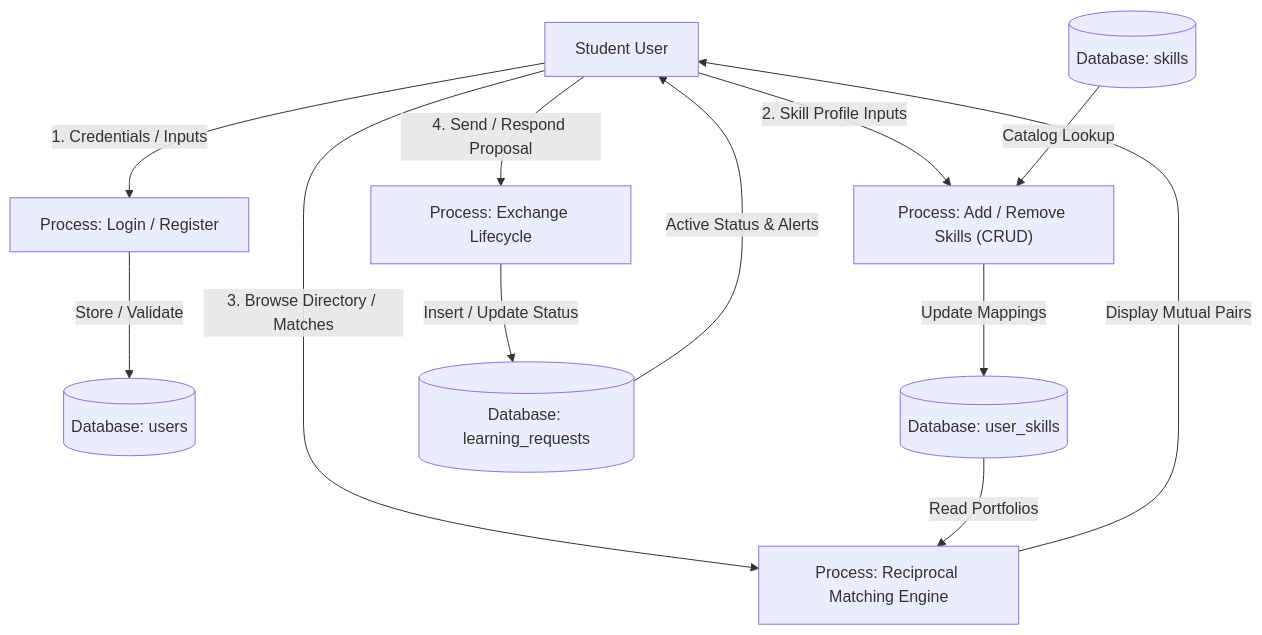
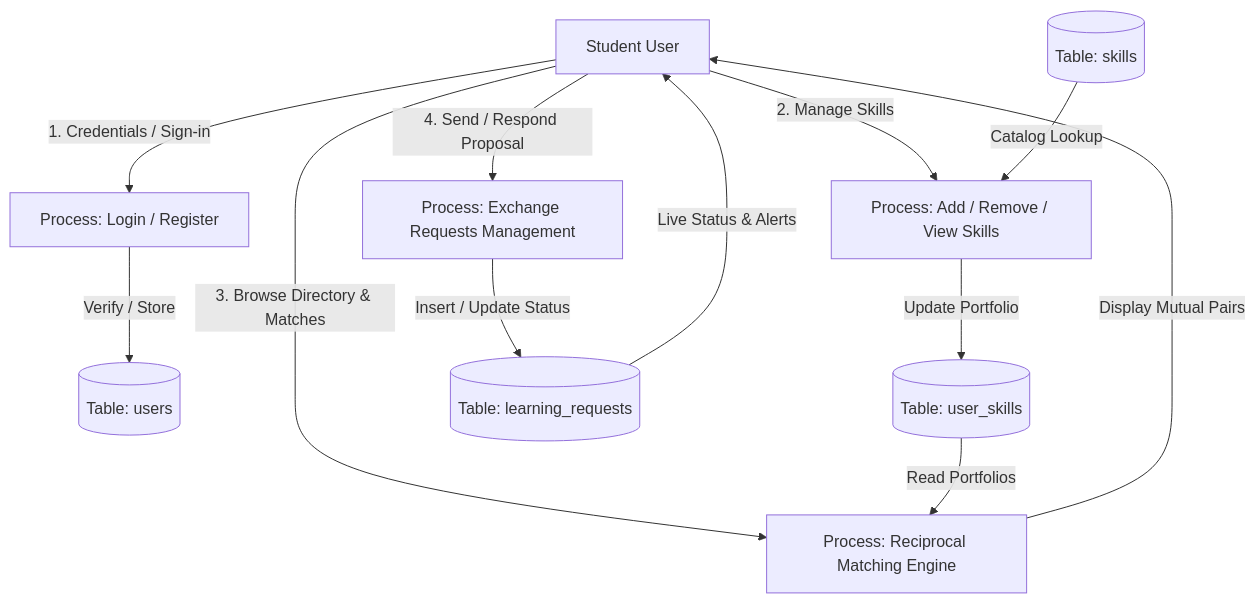
Before and after one commit to varsha1125/skill_chain: the first of 3 diagrams in PROJECT_REPORT.md, drawn with Mermaid. The commit also changed other lines of this file and 3 other files, not shown here.

````diff
--- a/PROJECT_REPORT.md
+++ b/PROJECT_REPORT.md
@@ -141,17 +182,17 @@
 ```mermaid
 flowchart TD
-    User["Student User"] -->|1. Credentials / Inputs| P_Auth["Process: Login / Register"]
-    P_Auth -->|Store / Validate| DB_Users[("Database: users")]
+    User["Student User"] -->|1. Credentials / Sign-in| P_Login["Process: Login / Register"]
+    P_Login -->|Verify / Store| DB_Users[("Table: users")]
     
-    User -->|2. Skill Profile Inputs| P_Skills["Process: Add / Remove Skills (CRUD)"]
-    P_Skills -->|Update Mappings| DB_UserSkills[("Database: user_skills")]
-    DB_Skills[("Database: skills")] -->|Catalog Lookup| P_Skills
+    User -->|2. Manage Skills| P_Skills["Process: Add / Remove / View Skills"]
+    P_Skills -->|Update Portfolio| DB_UserSkills[("Table: user_skills")]
+    DB_Skills[("Table: skills")] -->|Catalog Lookup| P_Skills
     
-    User -->|3. Browse Directory / Matches| P_Match["Process: Reciprocal Matching Engine"]
+    User -->|3. Browse Directory & Matches| P_Match["Process: Reciprocal Matching Engine"]
     DB_UserSkills -->|Read Portfolios| P_Match
     P_Match -->|Display Mutual Pairs| User
     
-    User -->|4. Send / Respond Proposal| P_Request["Process: Exchange Lifecycle"]
-    P_Request -->|Insert / Update Status| DB_Requests[("Database: learning_requests")]
-    DB_Requests -->|Active Status & Alerts| User
+    User -->|4. Send / Respond Proposal| P_Requests["Process: Exchange Requests Management"]
+    P_Requests -->|Insert / Update Status| DB_Requests[("Table: learning_requests")]
+    DB_Requests -->|Live Status & Alerts| User
 ```
````
